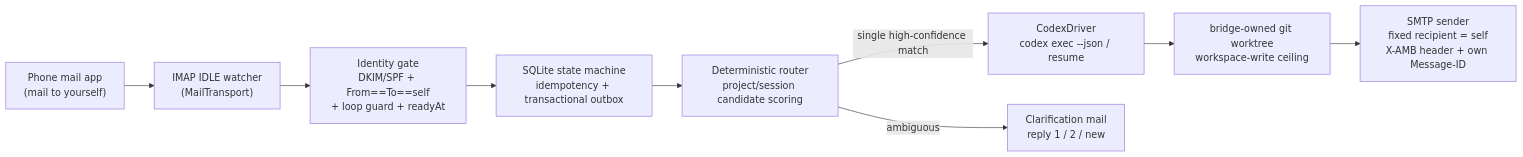
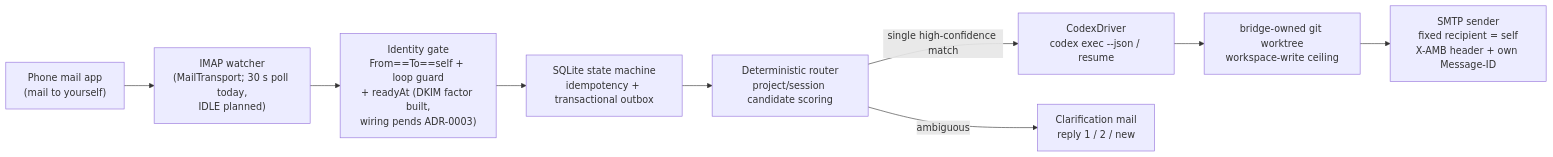
The diagram in docs/architecture.md (claude89757/agent-mail-bridge), drawn with Mermaid before and after one commit. The commit also changed 5 other files, not shown here.

````diff
--- a/docs/architecture.md
+++ b/docs/architecture.md
@@ -14,11 +14,11 @@
 ```mermaid
 flowchart LR
-    A["Phone mail app<br/>(mail to yourself)"] --> B["IMAP IDLE watcher<br/>(MailTransport)"]
-    B --> C["Identity gate<br/>DKIM/SPF + From==To==self<br/>+ loop guard + readyAt"]
+    A["Phone mail app<br/>(mail to yourself)"] --> B["IMAP watcher<br/>(MailTransport; 30 s poll today,<br/>IDLE planned)"]
+    B --> C["Identity gate<br/>From==To==self + loop guard<br/>+ readyAt (DKIM factor built,<br/>wiring pends ADR-0003)"]
     C --> D["SQLite state machine<br/>idempotency + transactional outbox"]
     D --> E["Deterministic router<br/>project/session candidate scoring"]
     E -->|single high-confidence match| F["CodexDriver<br/>codex exec --json / resume"]
     E -->|ambiguous| G["Clarification mail<br/>reply 1 / 2 / new"]
     F --> H["bridge-owned git worktree<br/>workspace-write ceiling"]
     H --> I["SMTP sender<br/>fixed recipient = self<br/>X-AMB header + own Message-ID"]
 ```
````
